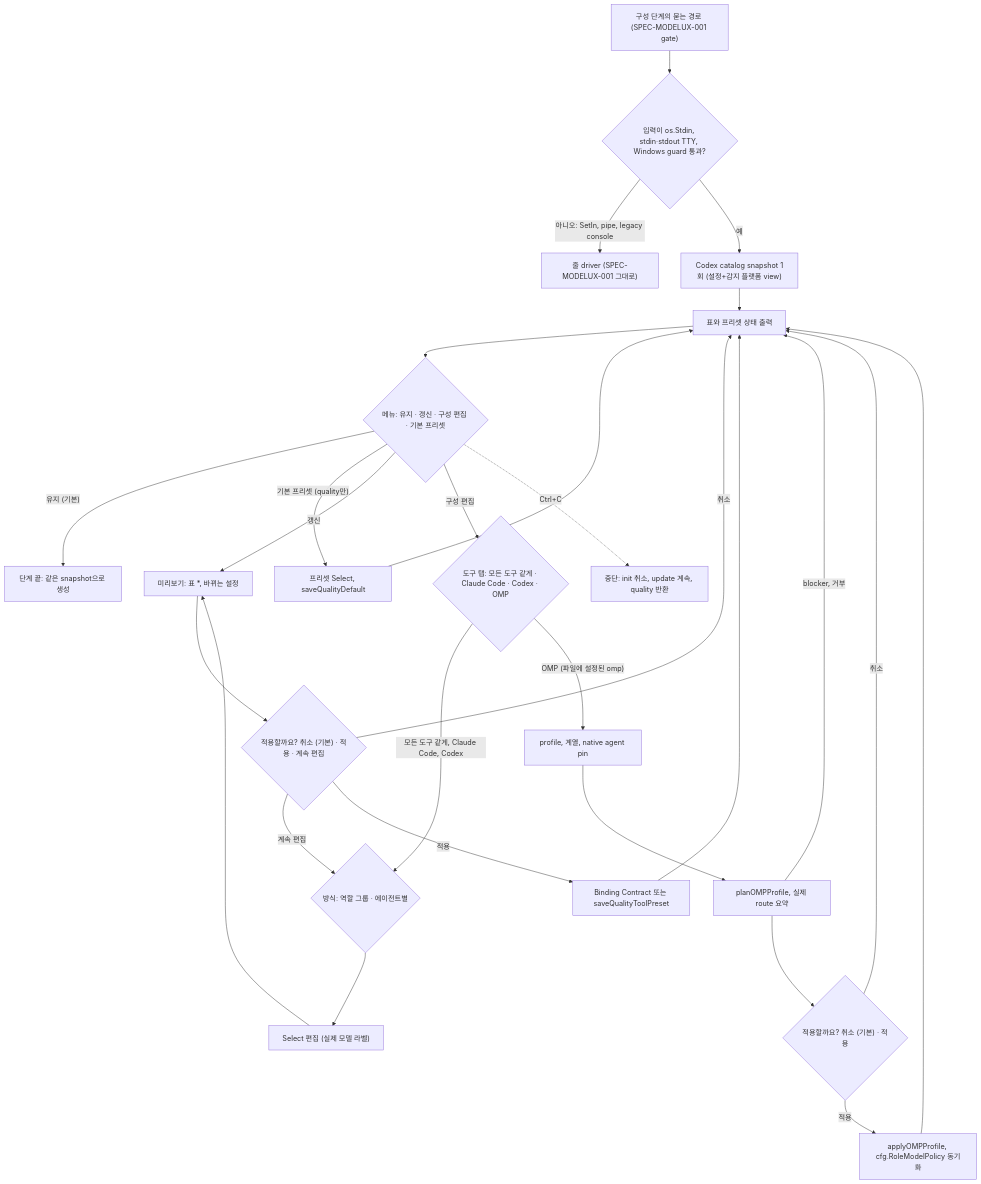
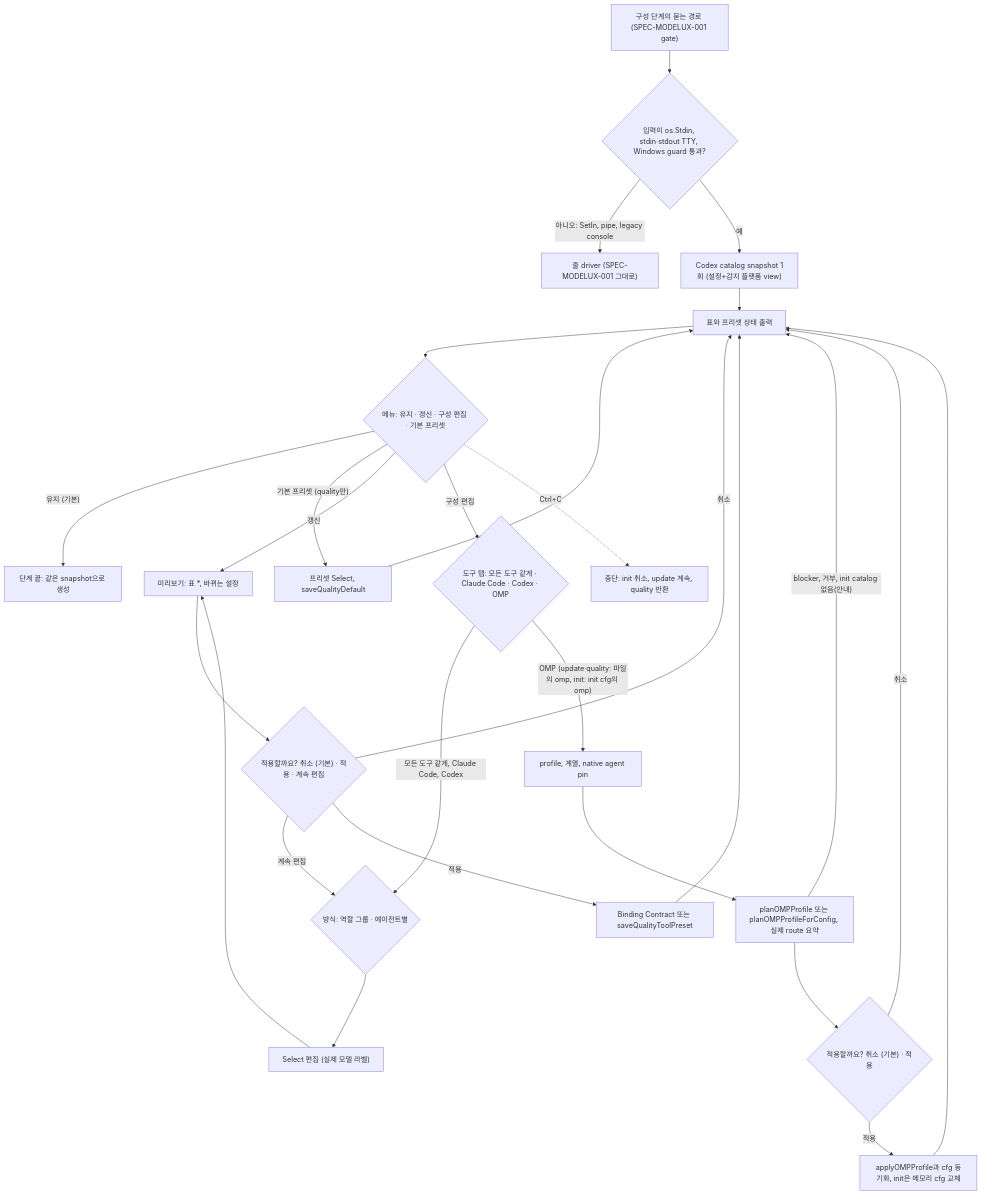
The diagram in .autopus/specs/SPEC-MODELUX-002/plan.md (autopus-ai/autopus-adk), drawn with Mermaid before and after one commit. The commit also changed other lines of this file and 4 other files, not shown here.

````diff
--- a/.autopus/specs/SPEC-MODELUX-002/plan.md
+++ b/.autopus/specs/SPEC-MODELUX-002/plan.md
@@ -31,29 +32,29 @@
 ```mermaid
 flowchart TD
   ASK["구성 단계의 묻는 경로 (SPEC-MODELUX-001 gate)"] --> MODE{"입력이 os.Stdin, stdin·stdout TTY, Windows guard 통과?"}
   MODE -->|"아니오: SetIn, pipe, legacy console"| LINE["줄 driver (SPEC-MODELUX-001 그대로)"]
   MODE -->|"예"| SNAP["Codex catalog snapshot 1회 (설정+감지 플랫폼 view)"]
   SNAP --> TABLE["표와 프리셋 상태 출력"]
   TABLE --> MENU{"메뉴: 유지 · 갱신 · 구성 편집 · 기본 프리셋"}
   MENU -->|"유지 (기본)"| DONE["단계 끝: 같은 snapshot으로 생성"]
   MENU -->|"기본 프리셋 (quality만)"| GP["프리셋 Select, saveQualityDefault"]
   GP --> TABLE
   MENU -->|"갱신"| PV["미리보기: 표 *, 바뀌는 설정"]
   MENU -->|"구성 편집"| TAB{"도구 탭: 모든 도구 같게 · Claude Code · Codex · OMP"}
   TAB -->|"모든 도구 같게, Claude Code, Codex"| HOW{"방식: 역할 그룹 · 에이전트별"}
   HOW --> EDIT["Select 편집 (실제 모델 라벨)"]
   EDIT --> PV
   PV --> OK{"적용할까요? 취소 (기본) · 적용 · 계속 편집"}
   OK -->|"계속 편집"| HOW
   OK -->|"취소"| TABLE
   OK -->|"적용"| WRITE["Binding Contract 또는 saveQualityToolPreset"]
   WRITE --> TABLE
-  TAB -->|"OMP (파일에 설정된 omp)"| OMPP["profile, 계열, native agent pin"]
-  OMPP --> OPLAN["planOMPProfile, 실제 route 요약"]
-  OPLAN -->|"blocker, 거부"| TABLE
+  TAB -->|"OMP (update·quality: 파일의 omp, init: init cfg의 omp)"| OMPP["profile, 계열, native agent pin"]
+  OMPP --> OPLAN["planOMPProfile 또는 planOMPProfileForConfig, 실제 route 요약"]
+  OPLAN -->|"blocker, 거부, init catalog 없음(안내)"| TABLE
   OPLAN --> OOK{"적용할까요? 취소 (기본) · 적용"}
   OOK -->|"취소"| TABLE
-  OOK -->|"적용"| OAPPLY["applyOMPProfile, cfg.RoleModelPolicy 동기화"]
+  OOK -->|"적용"| OAPPLY["applyOMPProfile과 cfg 동기화, init은 메모리 cfg 교체"]
   OAPPLY --> TABLE
   MENU -.->|"Ctrl+C"| ABORT["중단: init 취소, update 계속, quality 반환"]
 ```
````
